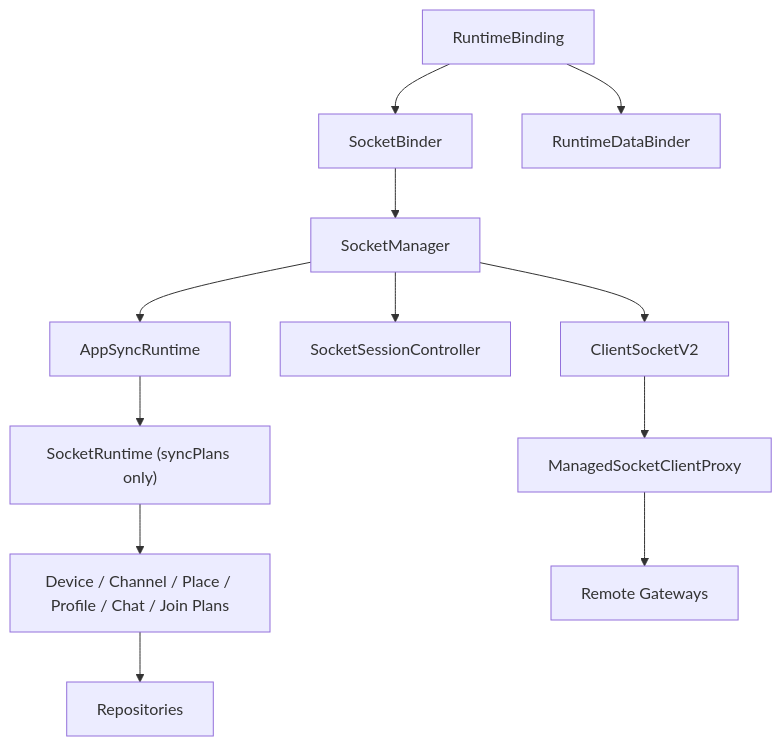
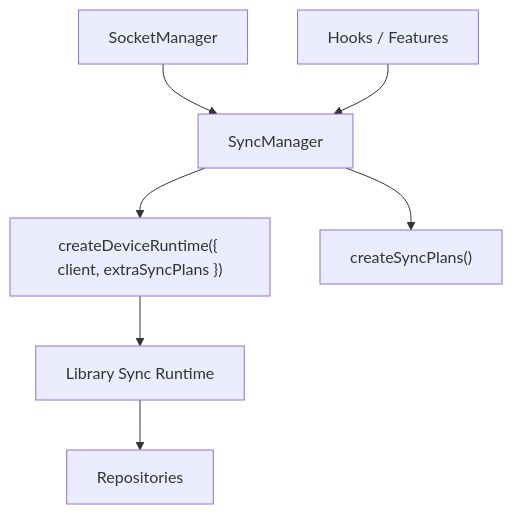
The diagram in libs/app-runtime/docs/sync/README.md (lemoncloud-io/dou-app), drawn with Mermaid before and after one commit. The commit also changed other lines of this file and 7 other files, not shown here.

Commit message:
feat: update app-runtime docs

````diff
--- a/libs/app-runtime/docs/sync/README.md
+++ b/libs/app-runtime/docs/sync/README.md
@@ -97,16 +18,9 @@
 ```mermaid
 flowchart TD
-  Binding["RuntimeBinding"] --> SocketBinder["SocketBinder"]
-  Binding --> DataBinder["RuntimeDataBinder"]
-
-  SocketBinder --> SocketManager["SocketManager"]
-  SocketManager --> Client["ClientSocketV2"]
-  SocketManager --> SessionCtrl["SocketSessionController"]
-  SocketManager --> AppSyncRuntime["AppSyncRuntime"]
-
-  AppSyncRuntime --> SyncRuntime["SocketRuntime (syncPlans only)"]
-  SyncRuntime --> Plans["Device / Channel / Place / Profile / Chat / Join Plans"]
-  Plans --> Repos["Repositories"]
-  Client --> Proxy["ManagedSocketClientProxy"]
-  Proxy --> Gateways["Remote Gateways"]
+  SocketManager["SocketManager"] --> SyncManager["SyncManager"]
+  SyncManager --> Runtime["createDeviceRuntime({ client, extraSyncPlans })"]
+  SyncManager --> Plans["createSyncPlans()"]
+  Runtime --> Scheduler["Library Sync Runtime"]
+  Scheduler --> Repos["Repositories"]
+  UI["Hooks / Features"] --> SyncManager
 ```
````
